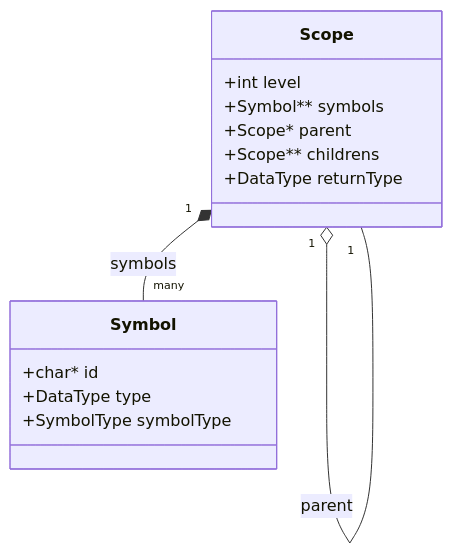
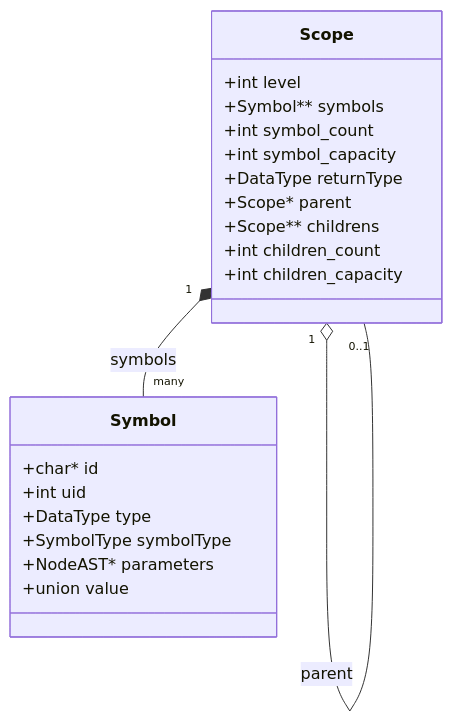
One commit to julivarea/compiler changed the first of 2 diagrams in documentacion/wiki/04-semantic-analysis.md. Above: the diagram before and after it, drawn with Mermaid. The commit also changed other lines of this file and 11 other files, not shown here.

````diff
--- a/documentacion/wiki/04-semantic-analysis.md
+++ b/documentacion/wiki/04-semantic-analysis.md
@@ -6,20 +9,27 @@
 ```mermaid
 classDiagram
     class Scope {
         +int level
         +Symbol** symbols
+        +int symbol_count
+        +int symbol_capacity
+        +DataType returnType
         +Scope* parent
         +Scope** childrens
-        +DataType returnType
+        +int children_count
+        +int children_capacity
     }
-    
+
     class Symbol {
         +char* id
+        +int uid
         +DataType type
         +SymbolType symbolType
+        +NodeAST* parameters
+        +union value
     }
 
     Scope "1" *-- "many" Scope : childrens
-    Scope "1" o-- "1" Scope : parent
+    Scope "1" o-- "0..1" Scope : parent
     Scope "1" *-- "many" Symbol : symbols
 ```
````
